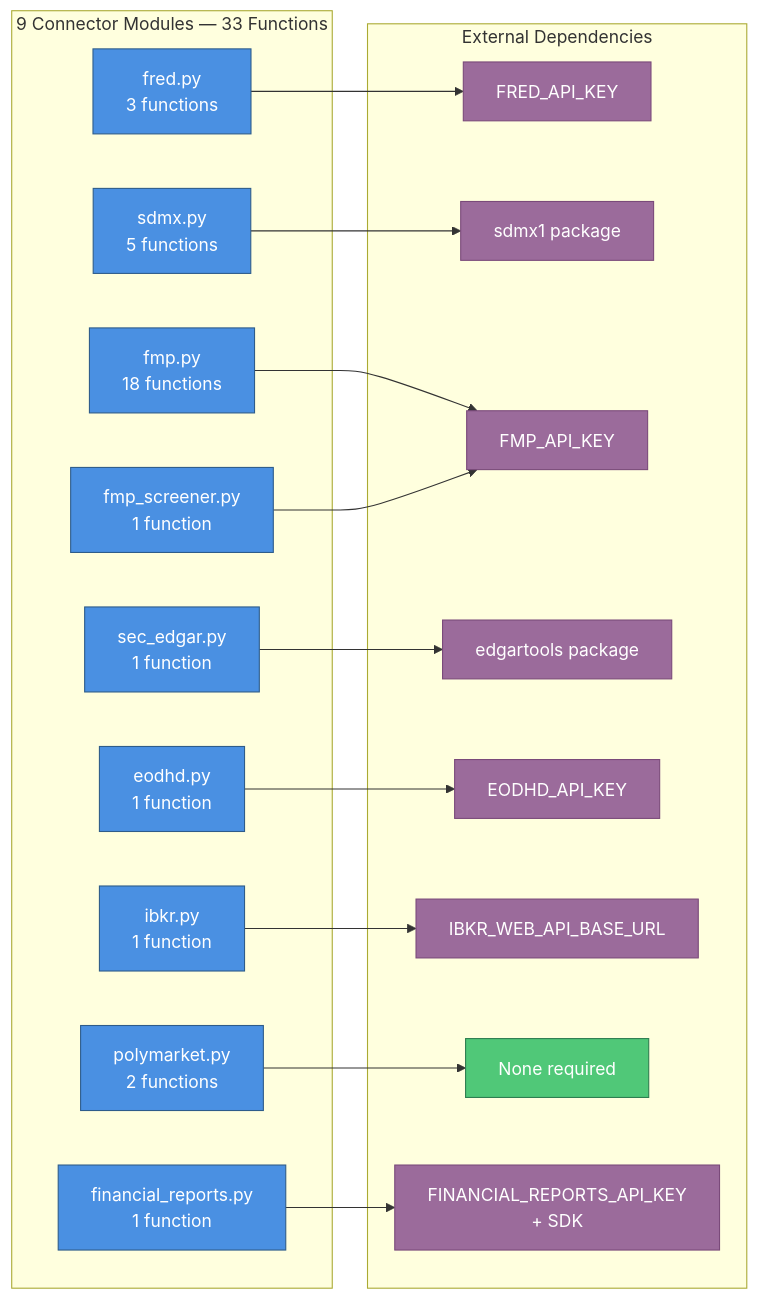
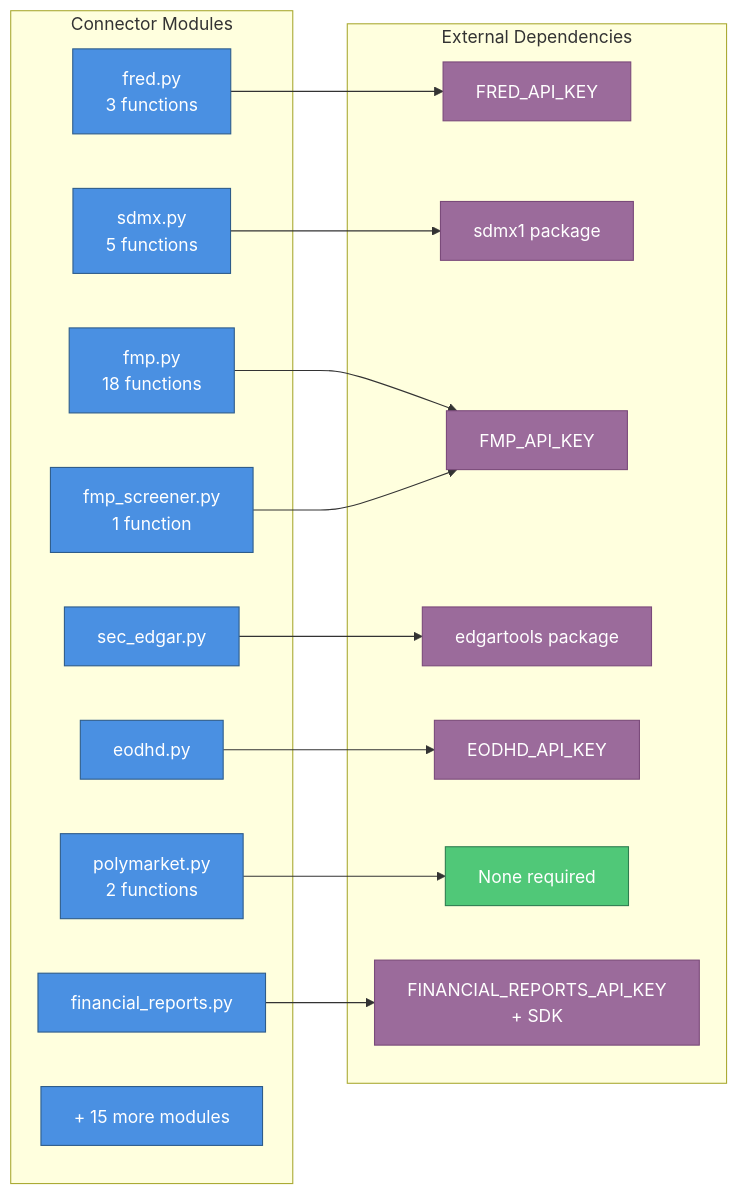
Before and after one commit to ockham-sh/parsimony: the diagram in docs/api-reference.md, drawn with Mermaid. The commit also changed other lines of this file and 5 other files, not shown here.

First line of the commit message:
docs: update architecture and guides for unified connector model

````diff
--- a/docs/api-reference.md
+++ b/docs/api-reference.md
@@ -573,40 +566,38 @@
 ```mermaid
 graph LR
     classDef module fill:#4A90E2,stroke:#2E5C8A,color:#fff
     classDef count fill:#6C8EBF,stroke:#4A6A9F,color:#fff
     classDef dep fill:#9B6B9B,stroke:#7A4A7A,color:#fff
     classDef nodep fill:#50C878,stroke:#2E7D50,color:#fff
 
-    subgraph Modules["9 Connector Modules — 33 Functions"]
+    subgraph Modules["Connector Modules"]
         FRED["fred.py\n3 functions"]:::module
         SDMX["sdmx.py\n5 functions"]:::module
         FMP["fmp.py\n18 functions"]:::module
         FMPS["fmp_screener.py\n1 function"]:::module
-        SEC["sec_edgar.py\n1 function"]:::module
-        EOD["eodhd.py\n1 function"]:::module
-        IBKR["ibkr.py\n1 function"]:::module
+        SEC["sec_edgar.py"]:::module
+        EOD["eodhd.py"]:::module
         POLY["polymarket.py\n2 functions"]:::module
-        FIN["financial_reports.py\n1 function"]:::module
+        FIN["financial_reports.py"]:::module
+        MORE["+ 15 more modules"]:::module
     end
 
     subgraph Deps["External Dependencies"]
         D1["FRED_API_KEY"]:::dep
         D2["sdmx1 package"]:::dep
         D3["FMP_API_KEY"]:::dep
         D4["edgartools package"]:::dep
         D5["EODHD_API_KEY"]:::dep
-        D6["IBKR_WEB_API_BASE_URL"]:::dep
         D7["None required"]:::nodep
         D8["FINANCIAL_REPORTS_API_KEY\n+ SDK"]:::dep
     end
 
     FRED --> D1
     SDMX --> D2
     FMP --> D3
     FMPS --> D3
     SEC --> D4
     EOD --> D5
-    IBKR --> D6
     POLY --> D7
     FIN --> D8
 ```
````
